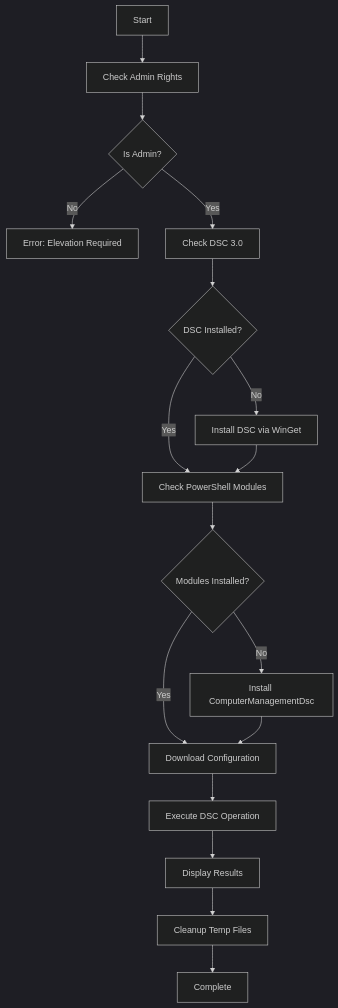
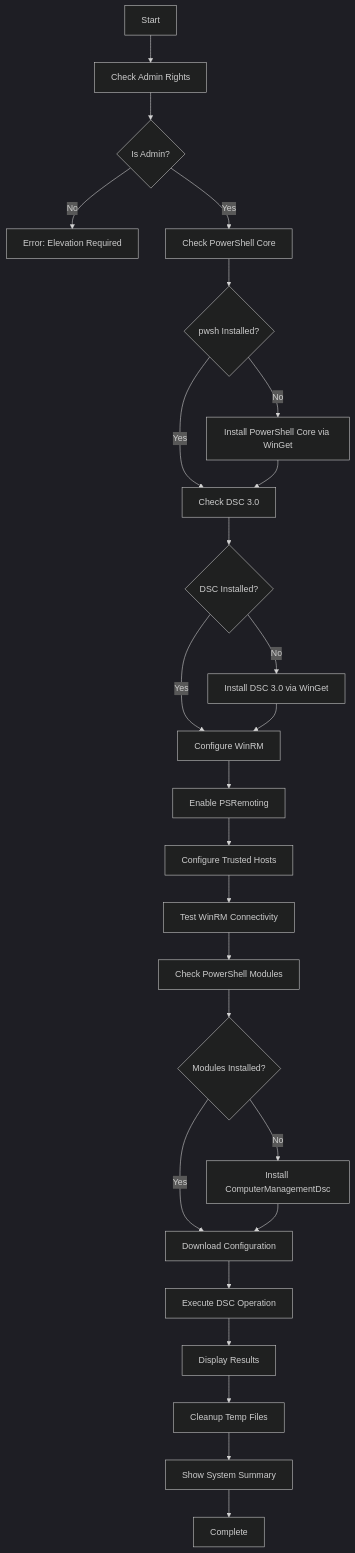
One commit to mlamia-usa/win11-dsc3-config changed the diagram in README.md. Above: the diagram before and after it, drawn with Mermaid (dark theme). The commit also changed other lines of this file and 1 other file, not shown here.

````diff
--- a/README.md
+++ b/README.md
@@ -135,19 +137,28 @@
 ```mermaid
 graph TD
     A[Start] --> B[Check Admin Rights]
     B --> C{Is Admin?}
     C -->|No| D[Error: Elevation Required]
-    C -->|Yes| E[Check DSC 3.0]
-    E --> F{DSC Installed?}
-    F -->|No| G[Install DSC via WinGet]
-    F -->|Yes| H[Check PowerShell Modules]
+    C -->|Yes| E[Check PowerShell Core]
+    E --> F{pwsh Installed?}
+    F -->|No| G[Install PowerShell Core via WinGet]
+    F -->|Yes| H[Check DSC 3.0]
     G --> H
-    H --> I{Modules Installed?}
-    I -->|No| J[Install ComputerManagementDsc]
-    I -->|Yes| K[Download Configuration]
+    H --> I{DSC Installed?}
+    I -->|No| J[Install DSC 3.0 via WinGet]
+    I -->|Yes| K[Configure WinRM]
     J --> K
-    K --> L[Execute DSC Operation]
-    L --> M[Display Results]
-    M --> N[Cleanup Temp Files]
-    N --> O[Complete]
+    K --> L[Enable PSRemoting]
+    L --> M[Configure Trusted Hosts]
+    M --> N[Test WinRM Connectivity]
+    N --> O[Check PowerShell Modules]
+    O --> P{Modules Installed?}
+    P -->|No| Q[Install ComputerManagementDsc]
+    P -->|Yes| R[Download Configuration]
+    Q --> R
+    R --> S[Execute DSC Operation]
+    S --> T[Display Results]
+    T --> U[Cleanup Temp Files]
+    U --> V[Show System Summary]
+    V --> W[Complete]
 ```
````
